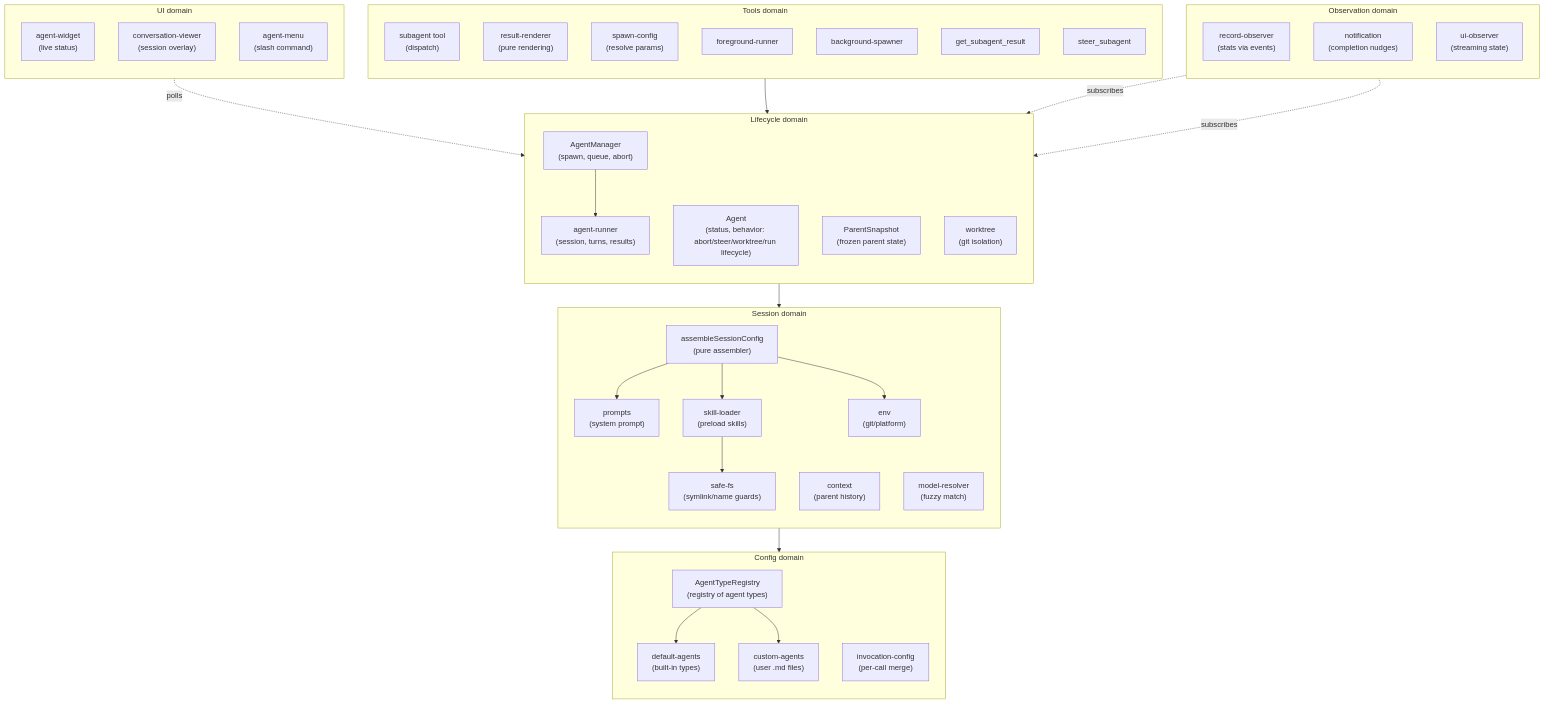
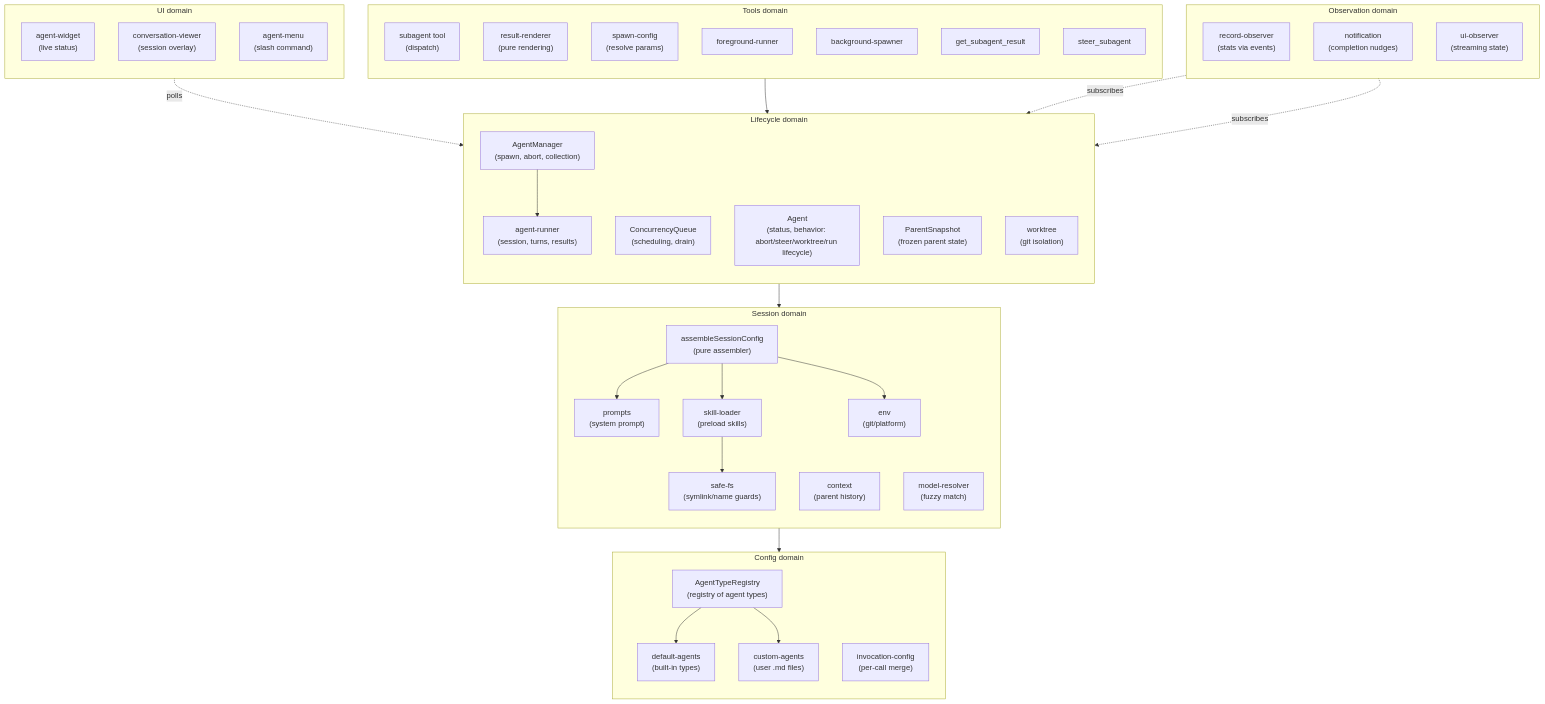
The first of 6 diagrams in docs/architecture/architecture.md (ttdua/pi-subagents), drawn with Mermaid before and after one commit. The commit also changed other lines of this file and 1 other file, not shown here.

Commit message:
docs(pi-subagents): update architecture for ConcurrencyQueue extraction (#230)

````diff
--- a/docs/architecture/architecture.md
+++ b/docs/architecture/architecture.md
@@ -33,66 +33,67 @@
 ```mermaid
 flowchart TB
     subgraph config["Config domain"]
         direction TB
         AgentTypeRegistry["AgentTypeRegistry<br/>(registry of agent types)"]
         DefaultAgents["default-agents<br/>(built-in types)"]
         CustomAgents["custom-agents<br/>(user .md files)"]
         InvocationConfig["invocation-config<br/>(per-call merge)"]
     end
 
     subgraph session["Session domain"]
         direction TB
         SessionConfig["assembleSessionConfig<br/>(pure assembler)"]
         Prompts["prompts<br/>(system prompt)"]
         Context["context<br/>(parent history)"]
         SafeFs["safe-fs<br/>(symlink/name guards)"]
         SkillLoader["skill-loader<br/>(preload skills)"]
         Env["env<br/>(git/platform)"]
         ModelResolver["model-resolver<br/>(fuzzy match)"]
     end
 
     subgraph lifecycle["Lifecycle domain"]
         direction TB
-        AgentManager["AgentManager<br/>(spawn, queue, abort)"]
+        AgentManager["AgentManager<br/>(spawn, abort, collection)"]
+        ConcurrencyQueue["ConcurrencyQueue<br/>(scheduling, drain)"]
         AgentRunner["agent-runner<br/>(session, turns, results)"]
         Agent["Agent<br/>(status, behavior: abort/steer/worktree/run lifecycle)"]
         ParentSnapshot["ParentSnapshot<br/>(frozen parent state)"]
         Worktree["worktree<br/>(git isolation)"]
     end
 
     subgraph observation["Observation domain"]
         direction TB
         RecordObserver["record-observer<br/>(stats via events)"]
         Notification["notification<br/>(completion nudges)"]
         UIObserver["ui-observer<br/>(streaming state)"]
     end
 
     subgraph tools["Tools domain"]
         direction TB
         AgentTool["subagent tool<br/>(dispatch)"]
         ResultRenderer["result-renderer<br/>(pure rendering)"]
         SpawnConfig["spawn-config<br/>(resolve params)"]
         FgRunner["foreground-runner"]
         BgSpawner["background-spawner"]
         GetResult["get_subagent_result"]
         Steer["steer_subagent"]
     end
 
     subgraph ui["UI domain"]
         direction TB
         Widget["agent-widget<br/>(live status)"]
         ConvViewer["conversation-viewer<br/>(session overlay)"]
         Menu["agent-menu<br/>(slash command)"]
     end
 
     AgentTool --> AgentManager
     AgentManager --> AgentRunner
     AgentRunner --> SessionConfig
     SessionConfig --> AgentTypeRegistry
     SessionConfig --> Prompts & SkillLoader & Env
     SkillLoader --> SafeFs
     AgentTypeRegistry --> DefaultAgents & CustomAgents
     RecordObserver -.->|subscribes| AgentRunner
     UIObserver -.->|subscribes| AgentRunner
     Widget -.->|polls| AgentManager
 ```
````
